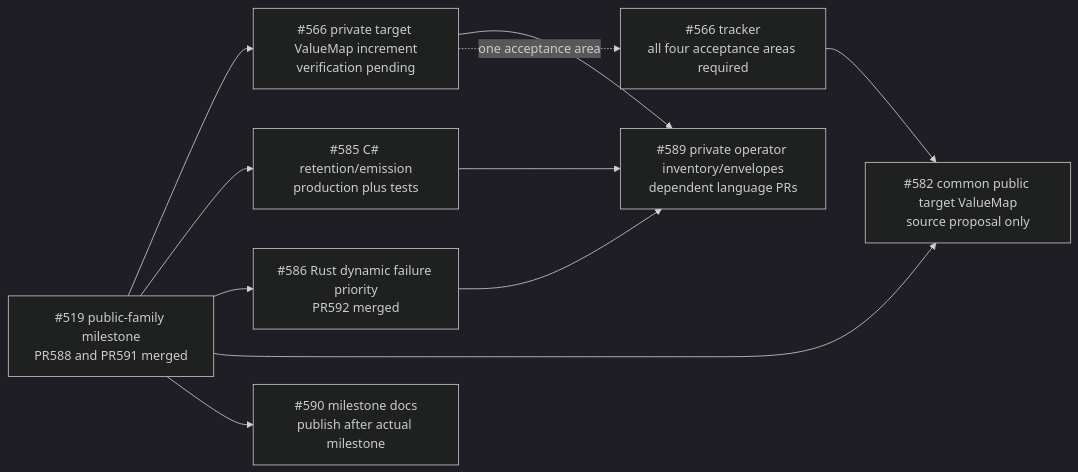
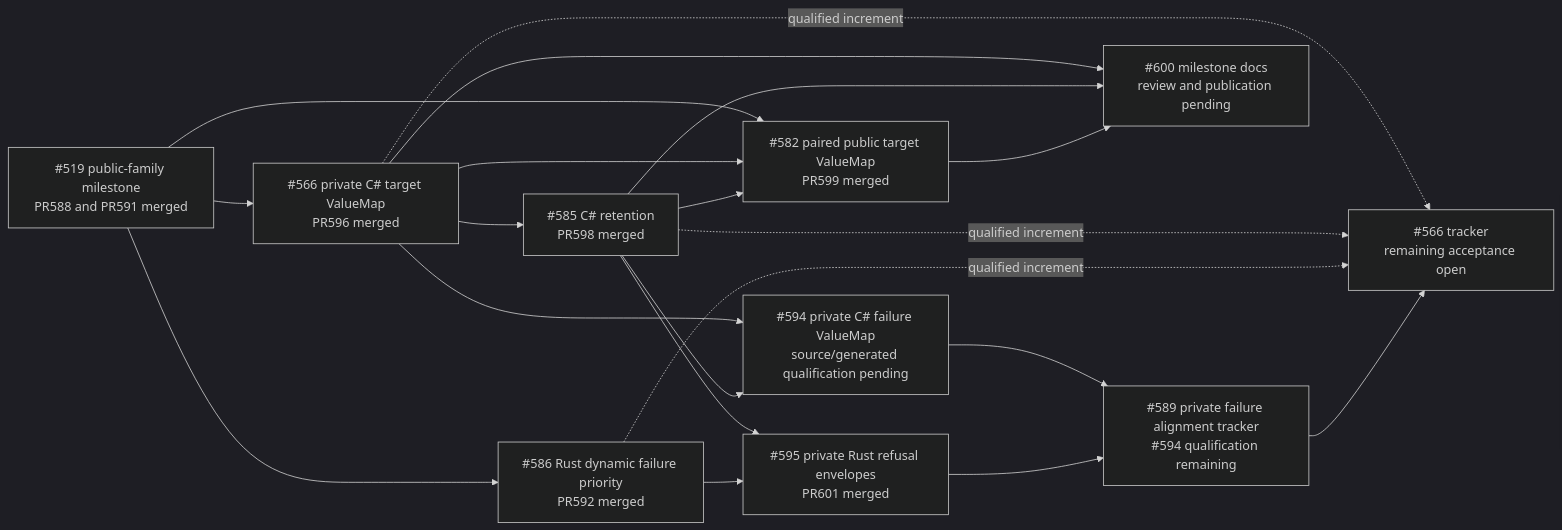
Before and after one commit to Aaqibhafeezkhan/ferrule: the first of 5 diagrams in docs/parallel-work.md, drawn with Mermaid (dark theme). The commit also changed other lines of this file and 1 other file, not shown here.

Commit message:
docs: record merged Basic parity milestones and remaining failure lanes

````diff
--- a/docs/parallel-work.md
+++ b/docs/parallel-work.md
@@ -84,21 +112,32 @@
 ```mermaid
 flowchart LR
     P519["#519 public-family milestone<br/>PR588 and PR591 merged"]
-    T566["#566 private target ValueMap increment<br/>verification pending"]
-    F566["#566 tracker<br/>all four acceptance areas required"]
-    C585["#585 C# retention/emission<br/>production plus tests"]
+    T566["#566 private C# target ValueMap<br/>PR596 merged"]
+    F566["#566 tracker<br/>remaining acceptance open"]
+    C585["#585 C# retention<br/>PR598 merged"]
     R586["#586 Rust dynamic failure priority<br/>PR592 merged"]
-    O589["#589 private operator inventory/envelopes<br/>dependent language PRs"]
-    V582["#582 common public target ValueMap<br/>source proposal only"]
-    D590["#590 milestone docs<br/>publish after actual milestone"]
+    C594["#594 private C# failure ValueMap<br/>source/generated qualification pending"]
+    R595["#595 private Rust refusal envelopes<br/>PR601 merged"]
+    O589["#589 private failure alignment tracker<br/>#594 qualification remaining"]
+    V582["#582 paired public target ValueMap<br/>PR599 merged"]
+    D600["#600 milestone docs<br/>review and publication pending"]
     P519 --> T566
-    P519 --> C585
+    T566 --> C585
     P519 --> R586
-    T566 --> O589
-    C585 --> O589
-    R586 --> O589
-    T566 -.->|one acceptance area| F566
+    T566 --> C594
+    C585 --> C594
+    C585 --> R595
+    R586 --> R595
+    C594 --> O589
+    R595 --> O589
+    T566 -.->|qualified increment| F566
+    C585 -.->|qualified increment| F566
+    R586 -.->|qualified increment| F566
+    O589 --> F566
     P519 --> V582
-    F566 --> V582
-    P519 --> D590
+    T566 --> V582
+    C585 --> V582
+    T566 --> D600
+    C585 --> D600
+    V582 --> D600
 ```
````
